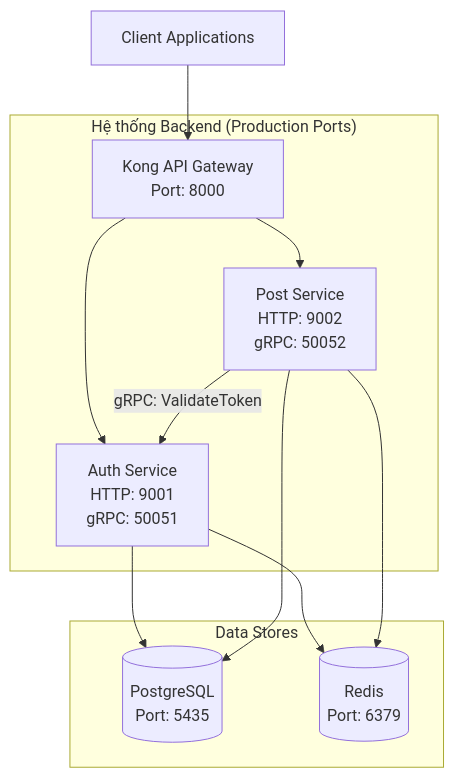
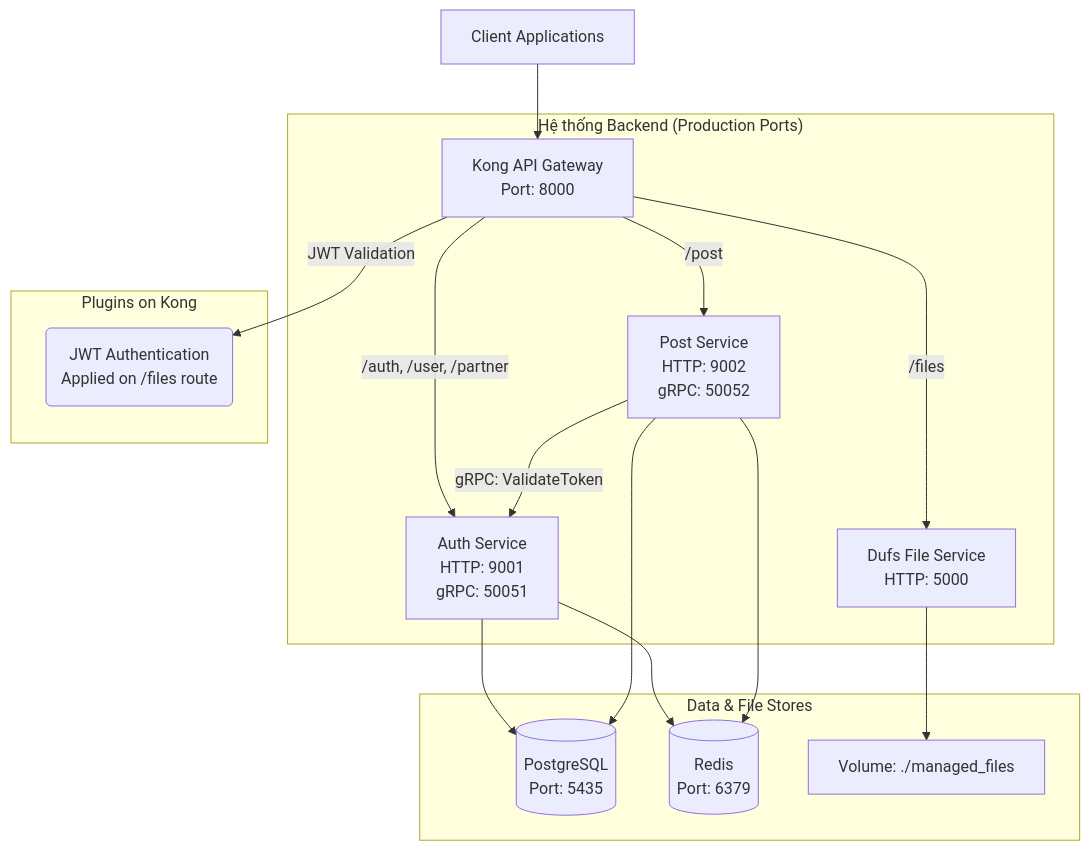
One commit to tinhthanh/nestjs-microservices changed the diagram in ARCHITECTURE.md. Above: the diagram before and after it, drawn with Mermaid. The commit also changed other lines of this file and 3 other files, not shown here.

````diff
--- a/ARCHITECTURE.md
+++ b/ARCHITECTURE.md
@@ -5,18 +5,26 @@
 ```mermaid
 graph TD
     Client[Client Applications] --> Kong[Kong API Gateway<br/>Port: 8000]
 
     subgraph "Hệ thống Backend (Production Ports)"
-        Kong --> AuthService[Auth Service<br/>HTTP: 9001<br/>gRPC: 50051]
-        Kong --> PostService[Post Service<br/>HTTP: 9002<br/>gRPC: 50052]
+        Kong -- "/auth, /user, /partner" --> AuthService[Auth Service<br/>HTTP: 9001<br/>gRPC: 50051]
+        Kong -- "/post" --> PostService[Post Service<br/>HTTP: 9002<br/>gRPC: 50052]
+        Kong -- "/files" --> DufsService[Dufs File Service<br/>HTTP: 5000]
 
         PostService -- "gRPC: ValidateToken" --> AuthService
     end
+    
+    subgraph "Plugins on Kong"
+        JWTPlugin(JWT Authentication<br/>Applied on /files route)
+    end
 
-    subgraph "Data Stores"
+    Kong -- "JWT Validation" --> JWTPlugin
+
+    subgraph "Data & File Stores"
         AuthService --> PostgreSQL[(PostgreSQL<br/>Port: 5435)]
         PostService --> PostgreSQL
         AuthService --> Redis[(Redis<br/>Port: 6379)]
         PostService --> Redis
+        DufsService --> ManagedFiles[Volume: ./managed_files]
     end
 ```
````
